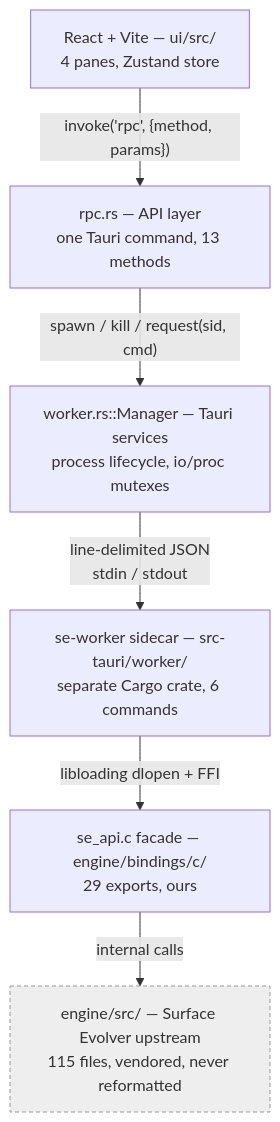
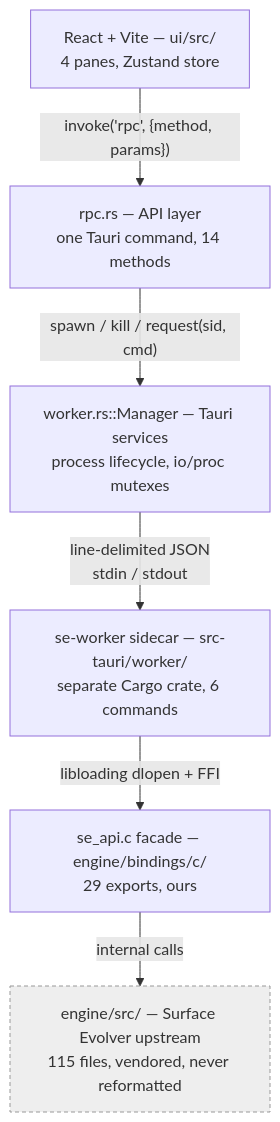
The first of 6 diagrams in ARCHITECTURE.md (sersergious/surface-evolver), drawn with Mermaid before and after one commit. The commit also changed other lines of this file and 19 other files, not shown here.

````diff
--- a/ARCHITECTURE.md
+++ b/ARCHITECTURE.md
@@ -38,17 +38,17 @@
 ```mermaid
 flowchart TB
     UI["React + Vite — ui/src/<br/>4 panes, Zustand store"]
-    RPC["rpc.rs — API layer<br/>one Tauri command, 13 methods"]
+    RPC["rpc.rs — API layer<br/>one Tauri command, 14 methods"]
     MGR["worker.rs::Manager — Tauri services<br/>process lifecycle, io/proc mutexes"]
     WRK["se-worker sidecar — src-tauri/worker/<br/>separate Cargo crate, 6 commands"]
     FACADE["se_api.c facade — engine/bindings/c/<br/>29 exports, ours"]
     ENGINE["engine/src/ — Surface Evolver upstream<br/>115 files, vendored, never reformatted"]
 
     UI -- "invoke('rpc', {method, params})" --> RPC
     RPC -- "spawn / kill / request(sid, cmd)" --> MGR
     MGR -- "line-delimited JSON<br/>stdin / stdout" --> WRK
     WRK -- "libloading dlopen + FFI" --> FACADE
     FACADE -- "internal calls" --> ENGINE
 
     style ENGINE fill:#eee,stroke:#999,stroke-dasharray: 4 3
 ```
````
